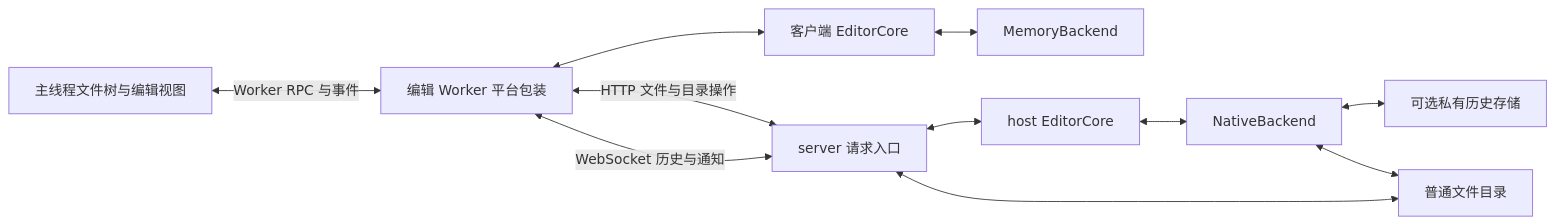
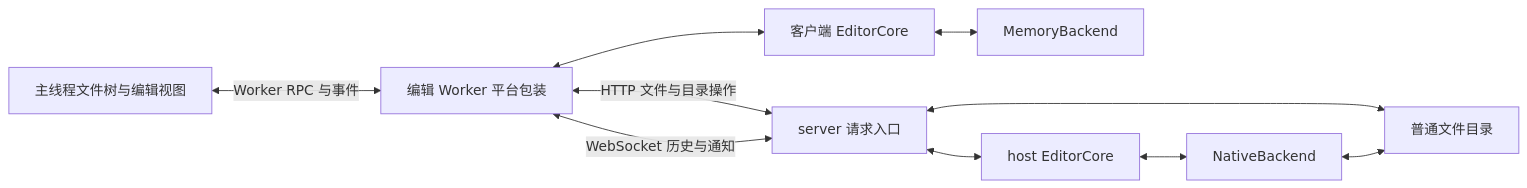
The diagram in docs/state/web.md (AzurIce/celestite), drawn with Mermaid before and after one commit. The commit also changed other lines of this file and 37 other files, not shown here.

````diff
--- a/docs/state/web.md
+++ b/docs/state/web.md
@@ -94,22 +94,20 @@
 ```mermaid
 flowchart LR
   U[主线程文件树与编辑视图]
   W[编辑 Worker 平台包装]
   C[客户端 EditorCore]
   M[MemoryBackend]
   S[server 请求入口]
   H[host EditorCore]
   B[NativeBackend]
-  P[可选私有历史存储]
   F[普通文件目录]
   U <-->|Worker RPC 与事件| W
   W <--> C
   C <--> M
   W <-->|HTTP 文件与目录操作| S
   W <-->|WebSocket 历史与通知| S
   S <--> H
   S <--> F
   H <--> B
-  B <--> P
   B <--> F
 ```
````
